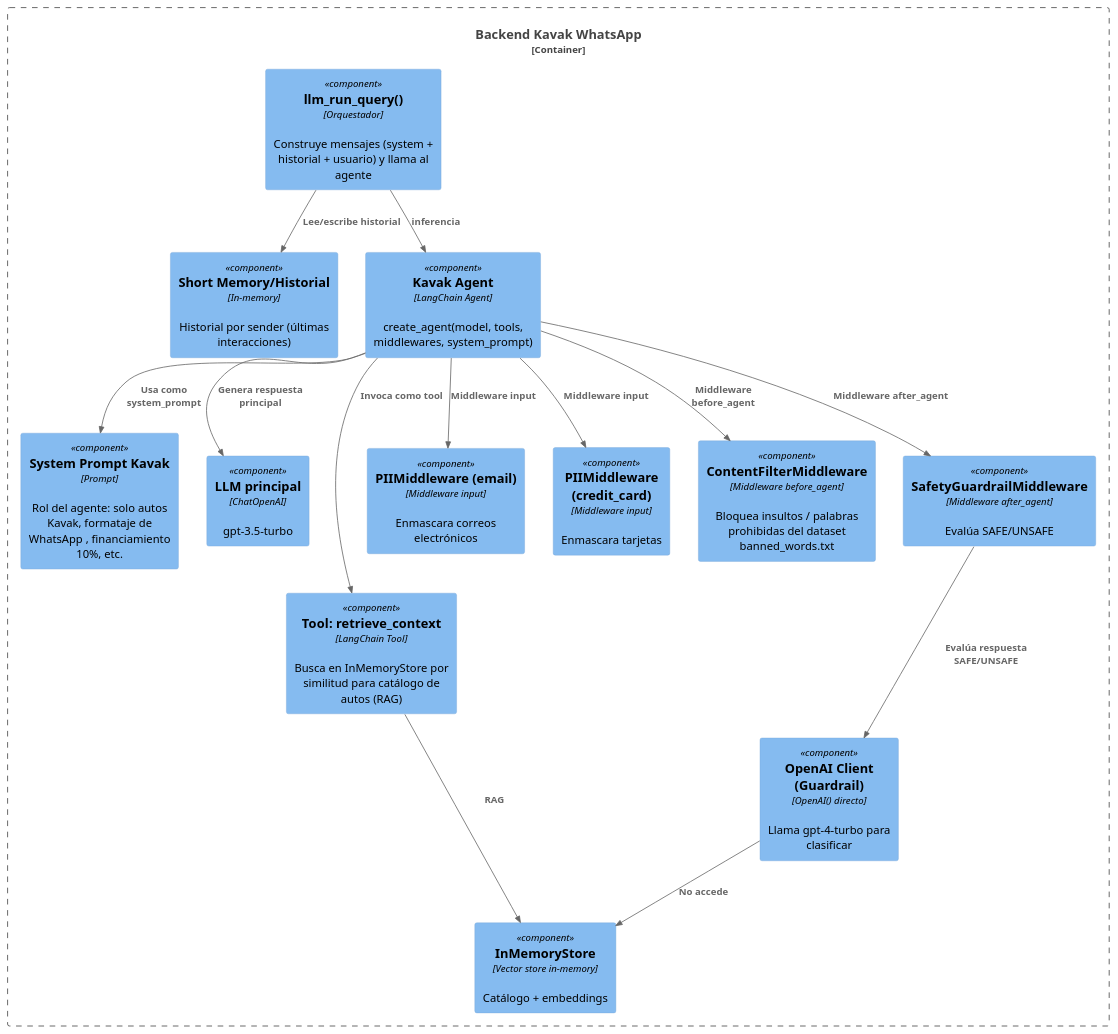
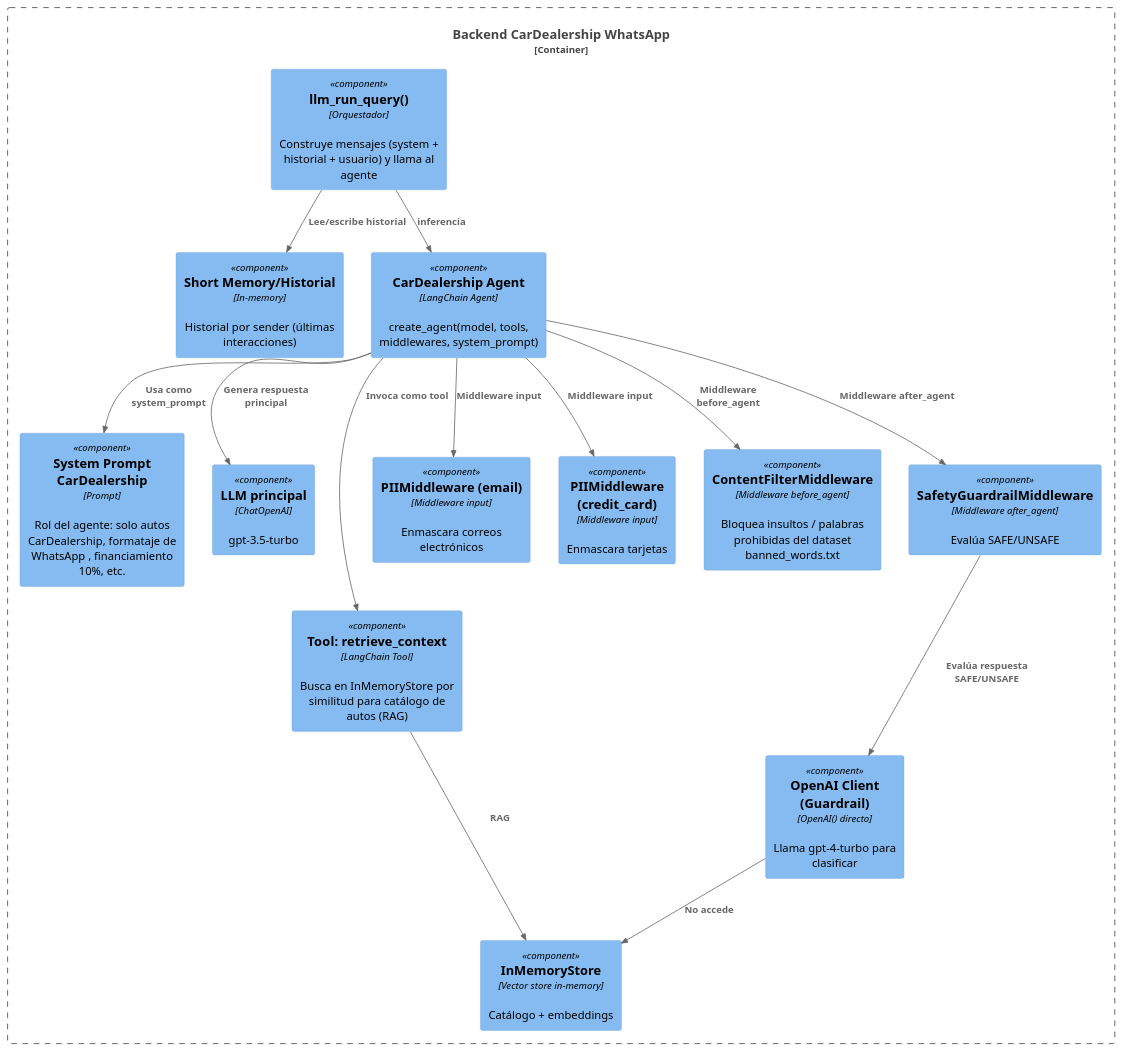
The diagram in plantuml/llm_workflow.puml (sulfasTor/CarDealership-sales-agent), drawn with PlantUML before and after one commit. The commit also changed 8 other files, not shown here.

```diff
--- a/plantuml/llm_workflow.puml
+++ b/plantuml/llm_workflow.puml
@@ -1,44 +1,44 @@
 @startuml
 !include <C4/C4_Component>
 
-Container_Boundary(kavak_backend, "Backend Kavak WhatsApp") {
+Container_Boundary(CarDealership_backend, "Backend CarDealership WhatsApp") {
 
   Component(llm_run, "llm_run_query()", "Orquestador", "Construye mensajes (system + historial + usuario) y llama al agente")
   Component(mem_store, "Short Memory/Historial", "In-memory", "Historial por sender (últimas interacciones)")
 
-  Component(agent, "Kavak Agent", "LangChain Agent", "create_agent(model, tools, middlewares, system_prompt)")
+  Component(agent, "CarDealership Agent", "LangChain Agent", "create_agent(model, tools, middlewares, system_prompt)")
 
-  Component(prompt_sys, "System Prompt Kavak", "Prompt", "Rol del agente: solo autos Kavak, formataje de WhatsApp , financiamiento 10%, etc.")
+  Component(prompt_sys, "System Prompt CarDealership", "Prompt", "Rol del agente: solo autos CarDealership, formataje de WhatsApp , financiamiento 10%, etc.")
 
   Component(model_main, "LLM principal", "ChatOpenAI", "gpt-3.5-turbo")
 
   Component(tool_ctx, "Tool: retrieve_context", "LangChain Tool", "Busca en InMemoryStore por similitud para catálogo de autos (RAG)")
 
   Component(mw_pii_email, "PIIMiddleware (email)", "Middleware input", "Enmascara correos electrónicos")
   Component(mw_pii_cc, "PIIMiddleware (credit_card)", "Middleware input", "Enmascara tarjetas")
   Component(mw_content, "ContentFilterMiddleware", "Middleware before_agent", "Bloquea insultos / palabras prohibidas del dataset banned_words.txt")
   Component(mw_safety, "SafetyGuardrailMiddleware", "Middleware after_agent", "Evalúa SAFE/UNSAFE")
 
   Component(openai_guard_client, "OpenAI Client (Guardrail)", "OpenAI() directo", "Llama gpt-4-turbo para clasificar")
   Component(vec_store, "InMemoryStore", "Vector store in-memory", "Catálogo + embeddings")
 }
 
 Rel(llm_run, mem_store, "Lee/escribe historial")
 Rel(llm_run, agent, "inferencia")
 
 Rel(agent, prompt_sys, "Usa como system_prompt")
 
 Rel(agent, mw_pii_email, "Middleware input")
 Rel(agent, mw_pii_cc, "Middleware input")
 Rel(agent, mw_content, "Middleware before_agent")
 Rel(agent, mw_safety, "Middleware after_agent")
 
 Rel(agent, model_main, "Genera respuesta principal")
 Rel(agent, tool_ctx, "Invoca como tool")
 
 Rel(tool_ctx, vec_store, "RAG")
 
 Rel(mw_safety, openai_guard_client, "Evalúa respuesta SAFE/UNSAFE")
 Rel(openai_guard_client, vec_store, "No accede")
 
 @enduml
```
